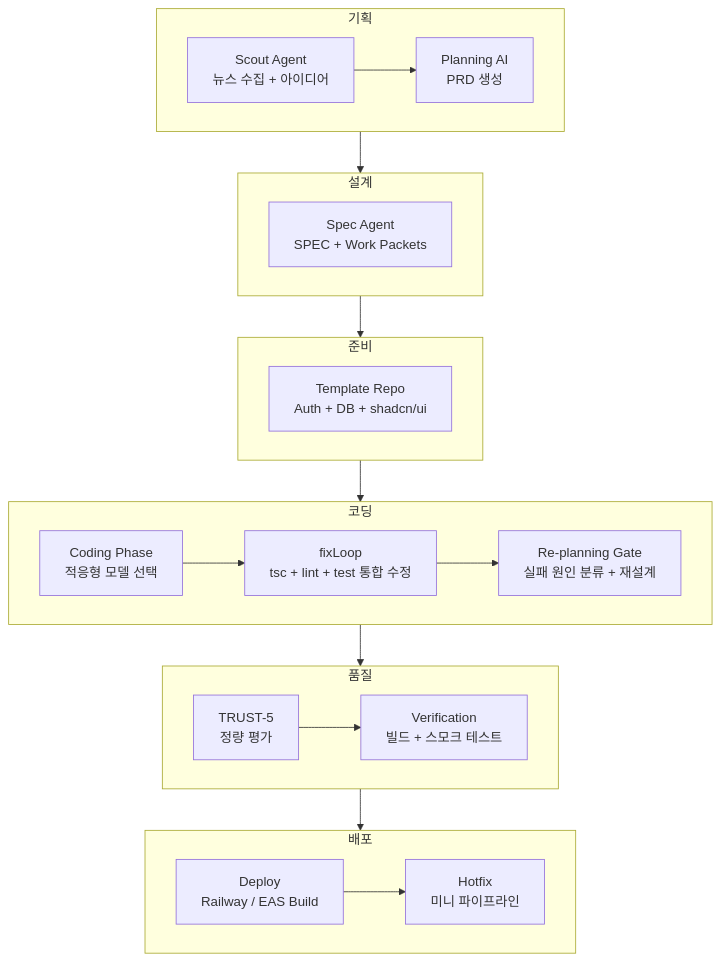
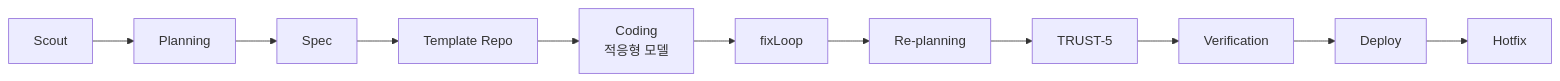
Before and after one commit to alswp006/alswp006.github.io: the diagram in _posts/project/ai-factory/2026-03-14-ai-factory-3.md, drawn with Mermaid. The commit also changed 3 other files, not shown here.

Commit message:
style: mermaid TD→LR 전환 + 노드 간결화로 세로 길이 대폭 축소

````diff
--- a/_posts/project/ai-factory/2026-03-14-ai-factory-3.md
+++ b/_posts/project/ai-factory/2026-03-14-ai-factory-3.md
@@ -389,23 +389,9 @@
 ```mermaid
-flowchart TD
-    subgraph 기획
-        Scout["Scout Agent\n뉴스 수집 + 아이디어"] --> Planning["Planning AI\nPRD 생성"]
-    end
-    subgraph 설계
-        Spec["Spec Agent\nSPEC + Work Packets"]
-    end
-    subgraph 준비
-        Template["Template Repo\nAuth + DB + shadcn/ui"]
-    end
-    subgraph 코딩
-        Coding["Coding Phase\n적응형 모델 선택"] --> Fix["fixLoop\ntsc + lint + test 통합 수정"]
-        Fix --> Replan["Re-planning Gate\n실패 원인 분류 + 재설계"]
-    end
-    subgraph 품질
-        Trust["TRUST-5\n정량 평가"] --> Verify["Verification\n빌드 + 스모크 테스트"]
-    end
-    subgraph 배포
-        Deploy["Deploy\nRailway / EAS Build"] --> Hotfix["Hotfix\n미니 파이프라인"]
-    end
-    기획 --> 설계 --> 준비 --> 코딩 --> 품질 --> 배포
+flowchart LR
+    Scout["Scout"] --> Planning["Planning"] --> Spec["Spec"]
+    Spec --> Template["Template Repo"]
+    Template --> Coding["Coding\n적응형 모델"]
+    Coding --> Fix["fixLoop"] --> Replan["Re-planning"]
+    Replan --> Trust["TRUST-5"] --> Verify["Verification"]
+    Verify --> Deploy["Deploy"] --> Hotfix["Hotfix"]
 ```
````
